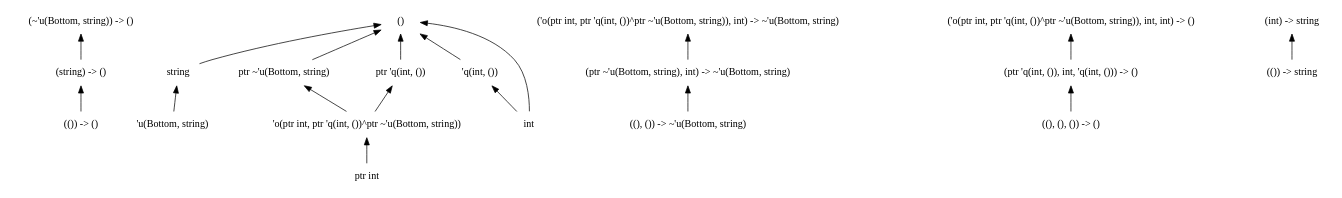
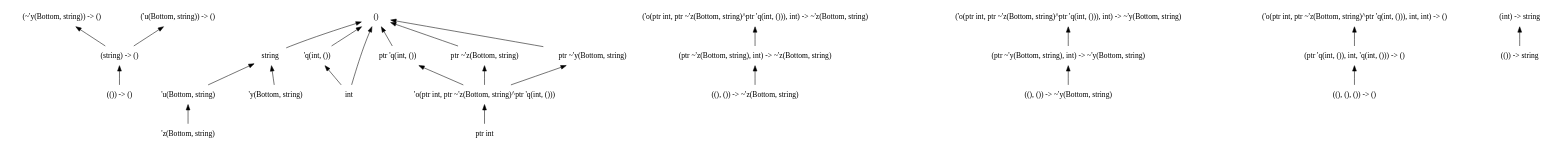
The diagram in dots/11.dot (chocobo333/regino), drawn with Graphviz before and after one commit. The commit also changed 29 other files, not shown here.

```diff
--- a/dots/11.dot
+++ b/dots/11.dot
@@ -1,48 +1,62 @@
 digraph order {
   graph [
     size = "30,10"
     ];
   node [
     shape = none
     ];
   edge [
     dir = back
     ];
   "(string) -> ()"
   "(()) -> ()"
   "string"
-  "('o(ptr int, ptr 'q(int, ())^ptr ~'u(Bottom, string)), int) -> ~'u(Bottom, string)"
-  "((), ()) -> ~'u(Bottom, string)"
-  "(ptr ~'u(Bottom, string), int) -> ~'u(Bottom, string)"
+  "('o(ptr int, ptr ~'z(Bottom, string)^ptr 'q(int, ())), int) -> ~'z(Bottom, string)"
+  "('o(ptr int, ptr ~'z(Bottom, string)^ptr 'q(int, ())), int) -> ~'y(Bottom, string)"
   "'u(Bottom, string)"
-  "ptr ~'u(Bottom, string)"
+  "(ptr ~'y(Bottom, string), int) -> ~'y(Bottom, string)"
   "(ptr 'q(int, ()), int, 'q(int, ())) -> ()"
   "'q(int, ())"
   "()"
   "ptr 'q(int, ())"
-  "'o(ptr int, ptr 'q(int, ())^ptr ~'u(Bottom, string))"
+  "'o(ptr int, ptr ~'z(Bottom, string)^ptr 'q(int, ()))"
+  "((), ()) -> ~'z(Bottom, string)"
+  "'z(Bottom, string)"
+  "(~'y(Bottom, string)) -> ()"
+  "'y(Bottom, string)"
+  "(ptr ~'z(Bottom, string), int) -> ~'z(Bottom, string)"
   "ptr int"
   "((), (), ()) -> ()"
+  "ptr ~'z(Bottom, string)"
   "(()) -> string"
-  "(~'u(Bottom, string)) -> ()"
+  "('u(Bottom, string)) -> ()"
   "(int) -> string"
-  "('o(ptr int, ptr 'q(int, ())^ptr ~'u(Bottom, string)), int, int) -> ()"
+  "('o(ptr int, ptr ~'z(Bottom, string)^ptr 'q(int, ())), int, int) -> ()"
+  "ptr ~'y(Bottom, string)"
   "int"
+  "((), ()) -> ~'y(Bottom, string)"
   "(string) -> ()" -> "(()) -> ()"
+  "(~'y(Bottom, string)) -> ()" -> "(string) -> ()"
   "string" -> "'u(Bottom, string)"
-  "('o(ptr int, ptr 'q(int, ())^ptr ~'u(Bottom, string)), int) -> ~'u(Bottom, string)" -> "(ptr ~'u(Bottom, string), int) -> ~'u(Bottom, string)"
-  "(~'u(Bottom, string)) -> ()" -> "(string) -> ()"
-  "(ptr ~'u(Bottom, string), int) -> ~'u(Bottom, string)" -> "((), ()) -> ~'u(Bottom, string)"
+  "string" -> "'y(Bottom, string)"
+  "(ptr ~'z(Bottom, string), int) -> ~'z(Bottom, string)" -> "((), ()) -> ~'z(Bottom, string)"
+  "ptr ~'z(Bottom, string)" -> "'o(ptr int, ptr ~'z(Bottom, string)^ptr 'q(int, ()))"
+  "('u(Bottom, string)) -> ()" -> "(string) -> ()"
+  "('o(ptr int, ptr ~'z(Bottom, string)^ptr 'q(int, ())), int) -> ~'z(Bottom, string)" -> "(ptr ~'z(Bottom, string), int) -> ~'z(Bottom, string)"
+  "('o(ptr int, ptr ~'z(Bottom, string)^ptr 'q(int, ())), int) -> ~'y(Bottom, string)" -> "(ptr ~'y(Bottom, string), int) -> ~'y(Bottom, string)"
   "(int) -> string" -> "(()) -> string"
-  "('o(ptr int, ptr 'q(int, ())^ptr ~'u(Bottom, string)), int, int) -> ()" -> "(ptr 'q(int, ()), int, 'q(int, ())) -> ()"
-  "ptr ~'u(Bottom, string)" -> "'o(ptr int, ptr 'q(int, ())^ptr ~'u(Bottom, string))"
+  "'u(Bottom, string)" -> "'z(Bottom, string)"
+  "(ptr ~'y(Bottom, string), int) -> ~'y(Bottom, string)" -> "((), ()) -> ~'y(Bottom, string)"
+  "('o(ptr int, ptr ~'z(Bottom, string)^ptr 'q(int, ())), int, int) -> ()" -> "(ptr 'q(int, ()), int, 'q(int, ())) -> ()"
+  "ptr ~'y(Bottom, string)" -> "'o(ptr int, ptr ~'z(Bottom, string)^ptr 'q(int, ()))"
   "(ptr 'q(int, ()), int, 'q(int, ())) -> ()" -> "((), (), ()) -> ()"
   "'q(int, ())" -> "int"
+  "()" -> "int"
   "()" -> "'q(int, ())"
+  "()" -> "ptr ~'y(Bottom, string)"
   "()" -> "ptr 'q(int, ())"
-  "()" -> "ptr ~'u(Bottom, string)"
-  "()" -> "int"
+  "()" -> "ptr ~'z(Bottom, string)"
   "()" -> "string"
-  "ptr 'q(int, ())" -> "'o(ptr int, ptr 'q(int, ())^ptr ~'u(Bottom, string))"
-  "'o(ptr int, ptr 'q(int, ())^ptr ~'u(Bottom, string))" -> "ptr int"
+  "ptr 'q(int, ())" -> "'o(ptr int, ptr ~'z(Bottom, string)^ptr 'q(int, ()))"
+  "'o(ptr int, ptr ~'z(Bottom, string)^ptr 'q(int, ()))" -> "ptr int"
 }
```
